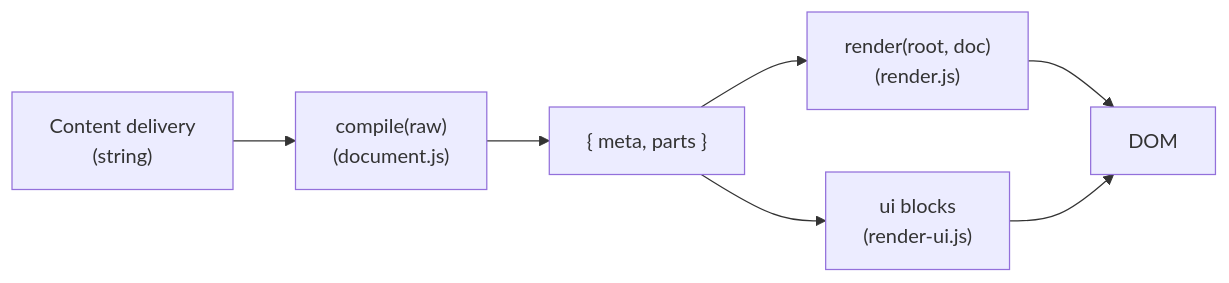
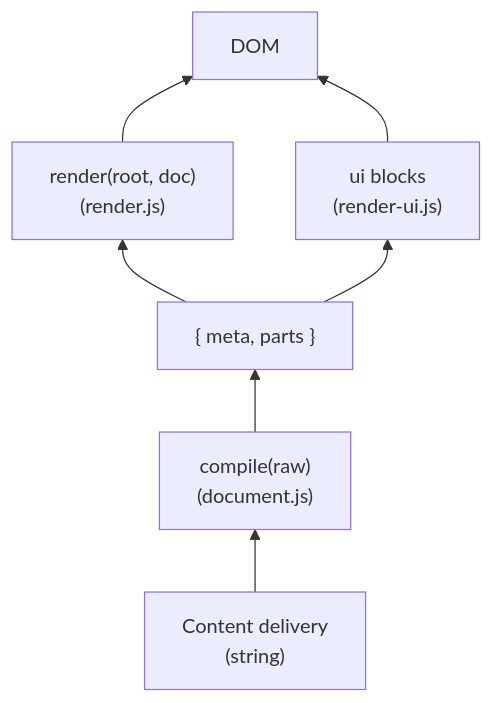
Before and after one commit to eSlider/md-frontend-framework: the diagram in content/docs/architecture.md, drawn with Mermaid. The commit also changed other lines of this file and 1 other file, not shown here.

First line of the commit message:
docs: update architecture diagram and enhance module table formatting

````diff
--- a/content/docs/architecture.md
+++ b/content/docs/architecture.md
@@ -12,9 +12,9 @@
 ```mermaid
-flowchart LR
+flowchart BT
   A["Content delivery\n(string)"] --> B["compile(raw)\n(document.js)"]
   B --> C["{ meta, parts }"]
   C --> D["render(root, doc)\n(render.js)"]
   D --> E[DOM]
   C --> F["ui blocks\n(render-ui.js)"]
   F --> E
 ```
````
